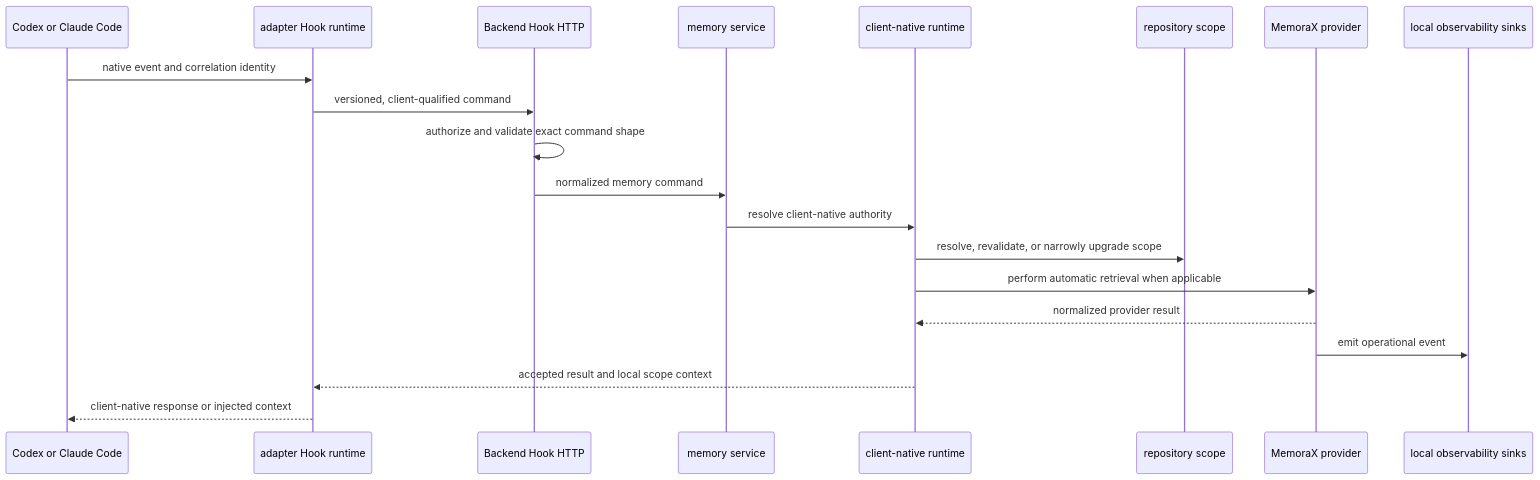
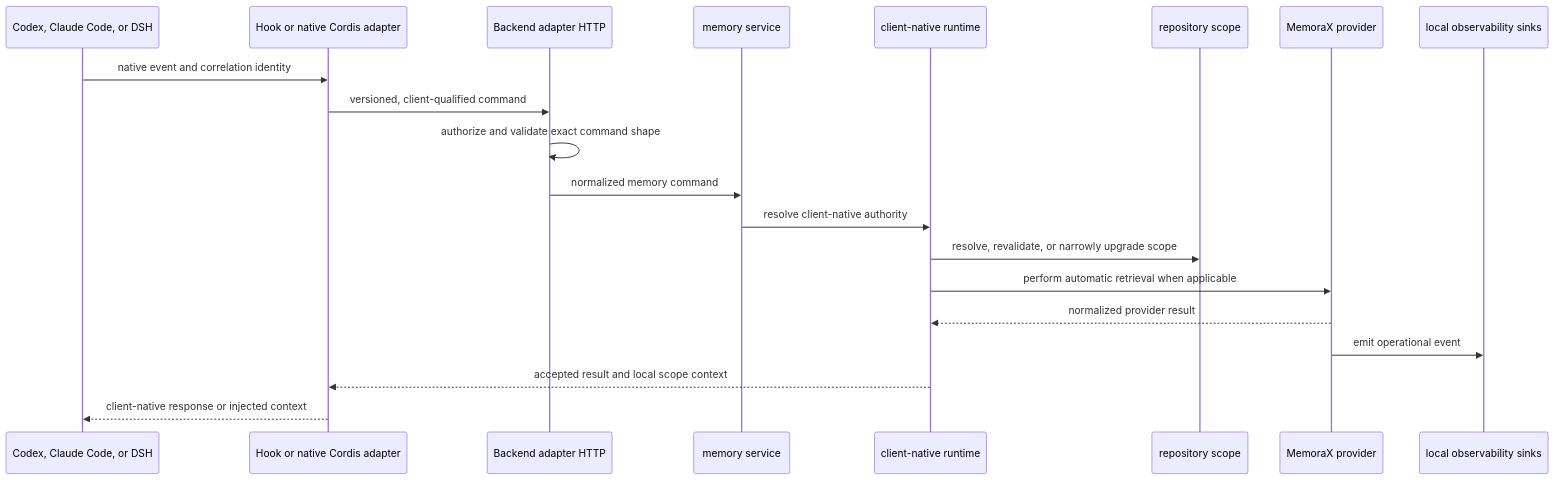
Before and after one commit to memorax-ai/memorax-code: the third of 6 diagrams in ARCHITECTURE.md, drawn with Mermaid. The commit also changed other lines of this file and 8 other files, not shown here.

Commit message:
docs:(dsh) document native harness support

````diff
--- a/ARCHITECTURE.md
+++ b/ARCHITECTURE.md
@@ -168,23 +184,23 @@
 ```mermaid
 sequenceDiagram
-  participant Client as Codex or Claude Code
-  participant Hook as adapter Hook runtime
-  participant HTTP as Backend Hook HTTP
+  participant Client as Codex, Claude Code, or DSH
+  participant Adapter as Hook or native Cordis adapter
+  participant HTTP as Backend adapter HTTP
   participant Service as memory service
   participant Native as client-native runtime
   participant Scope as repository scope
   participant Provider as MemoraX provider
   participant Obs as local observability sinks
 
-  Client->>Hook: native event and correlation identity
-  Hook->>HTTP: versioned, client-qualified command
+  Client->>Adapter: native event and correlation identity
+  Adapter->>HTTP: versioned, client-qualified command
   HTTP->>HTTP: authorize and validate exact command shape
   HTTP->>Service: normalized memory command
   Service->>Native: resolve client-native authority
   Native->>Scope: resolve, revalidate, or narrowly upgrade scope
   Native->>Provider: perform automatic retrieval when applicable
   Provider-->>Native: normalized provider result
   Provider->>Obs: emit operational event
-  Native-->>Hook: accepted result and local scope context
-  Hook-->>Client: client-native response or injected context
+  Native-->>Adapter: accepted result and local scope context
+  Adapter-->>Client: client-native response or injected context
 ```
````
